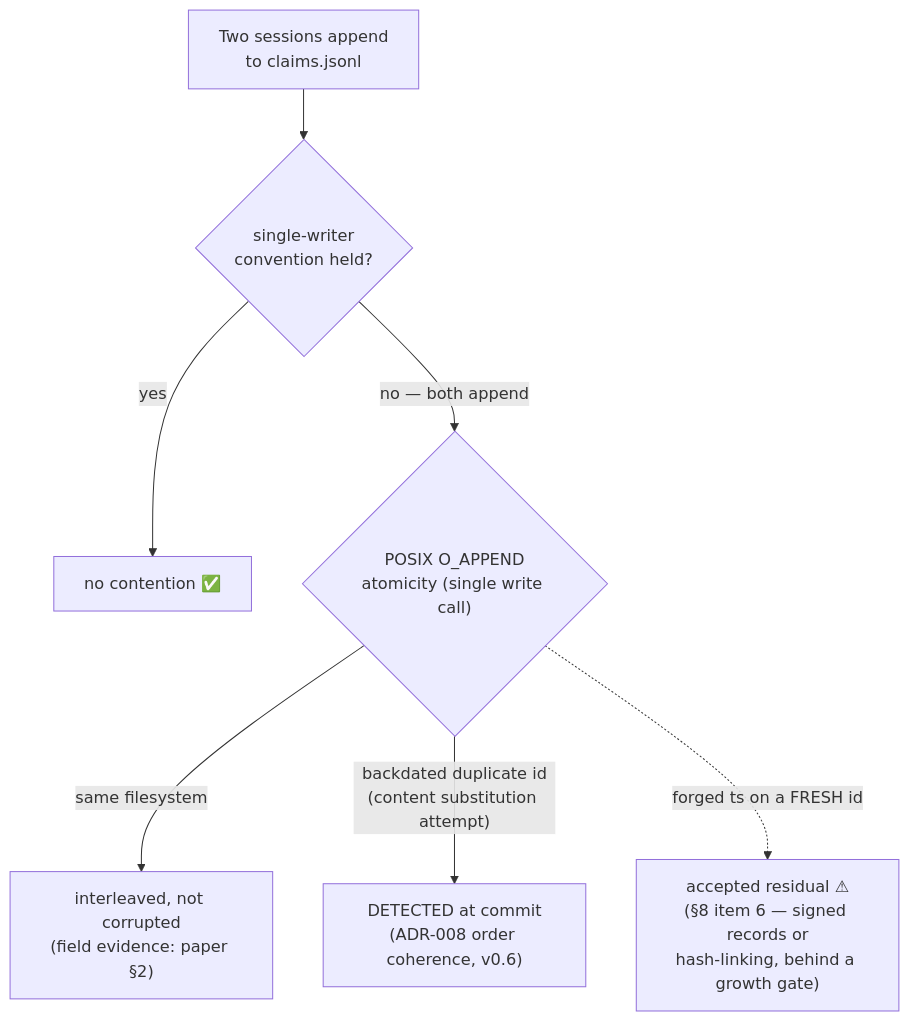
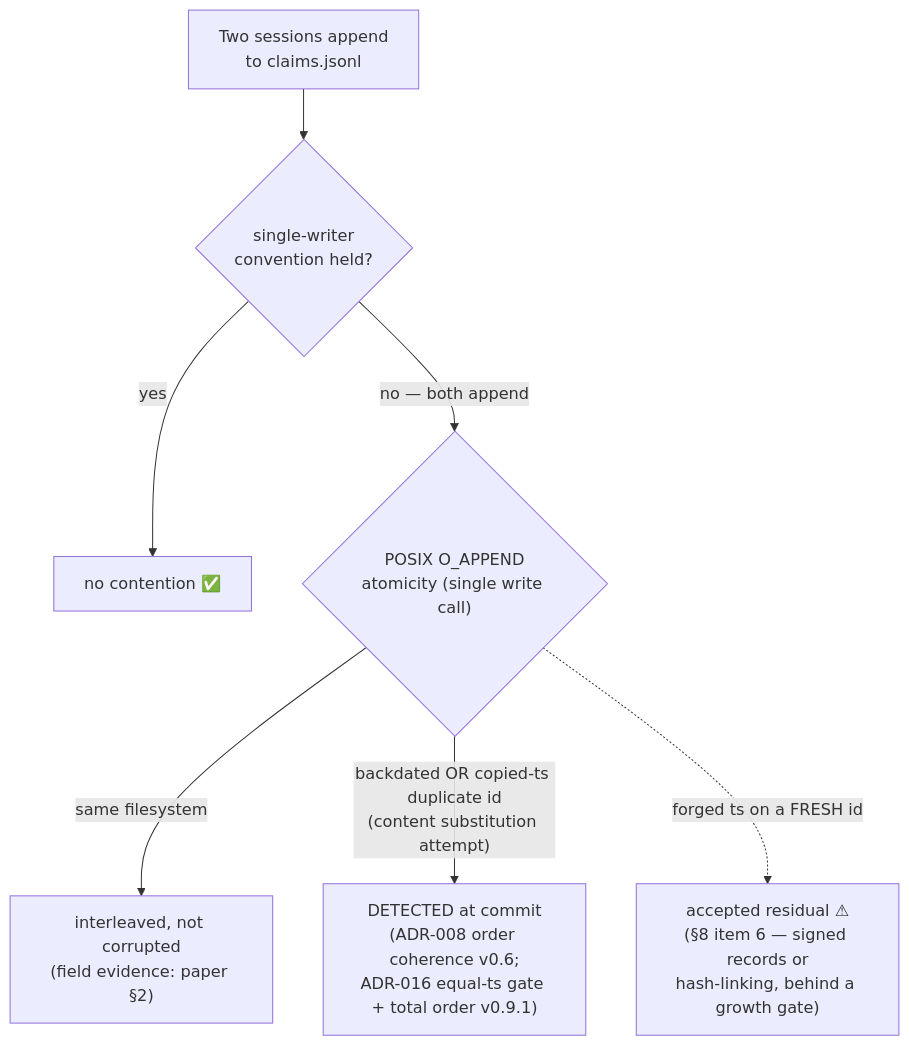
The fifth of 5 diagrams in docs/truth-ledger-loophole-map.md (m1981/truth-ledger), drawn with Mermaid before and after one commit. The commit also changed other lines of this file and 6 other files, not shown here.

First line of the commit message:
fix: v0.9.1 ADR-016 total fold order + equal-ts gate (C1 Critical, wk-280e0b76)

````diff
--- a/docs/truth-ledger-loophole-map.md
+++ b/docs/truth-ledger-loophole-map.md
@@ -145,9 +145,9 @@
 ```mermaid
 flowchart TD
     P["Two sessions append<br/>to claims.jsonl"] --> A1{"single-writer<br/>convention held?"}
     A1 -->|yes| SAFE2["no contention ✅"]
     A1 -->|"no — both append"| OA{"POSIX O_APPEND<br/>atomicity (single write call)"}
     OA -->|"same filesystem"| OK2["interleaved, not corrupted<br/>(field evidence: paper §2)"]
-    OA -->|"backdated duplicate id<br/>(content substitution attempt)"| DET["DETECTED at commit<br/>(ADR-008 order coherence, v0.6)"]
+    OA -->|"backdated OR copied-ts duplicate id<br/>(content substitution attempt)"| DET["DETECTED at commit<br/>(ADR-008 order coherence v0.6;<br/>ADR-016 equal-ts gate + total order v0.9.1)"]
     OA -.->|"forged ts on a FRESH id"| RESID["accepted residual ⚠<br/>(§8 item 6 — signed records or<br/>hash-linking, behind a growth gate)"]
 ```
````
